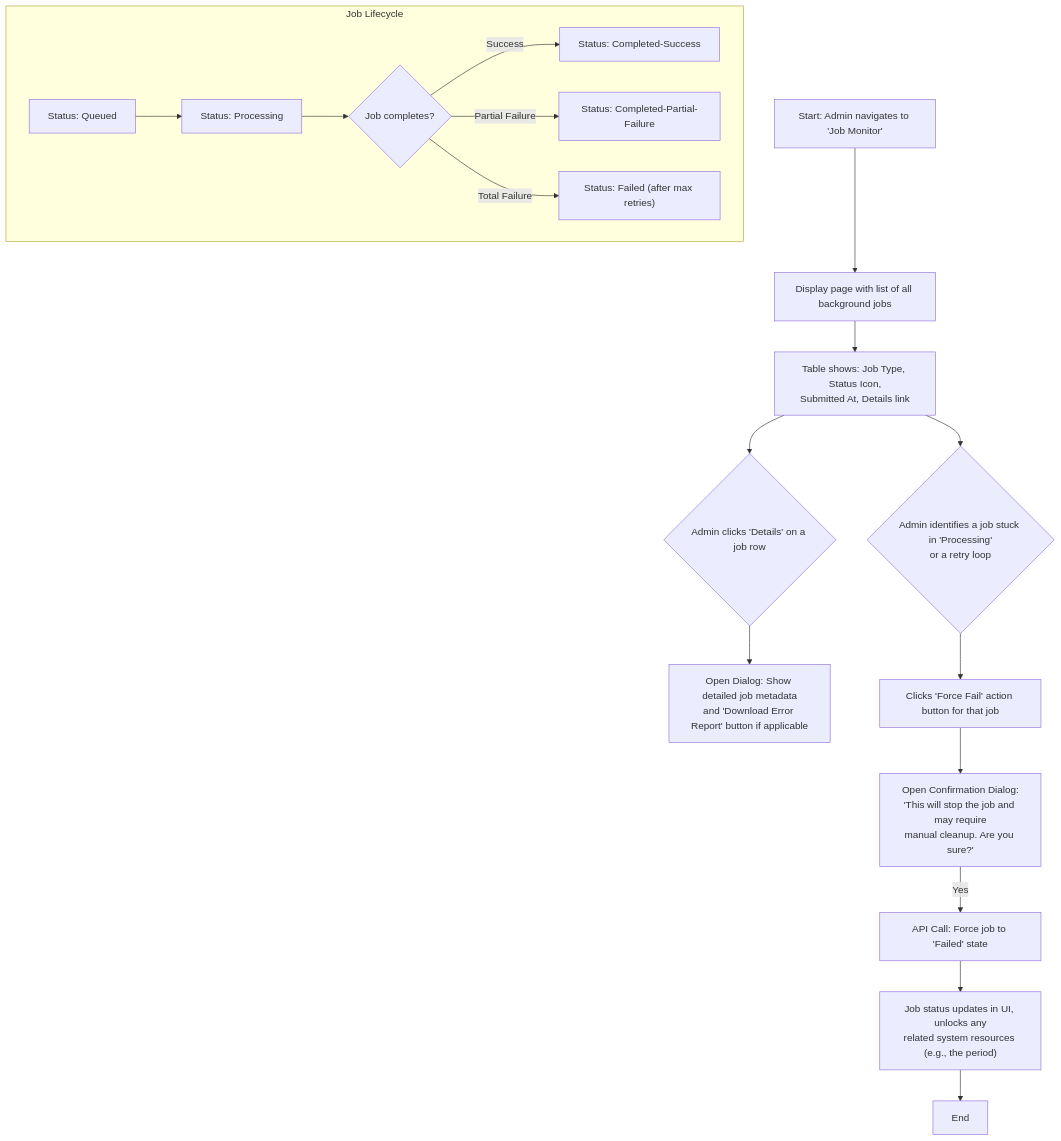
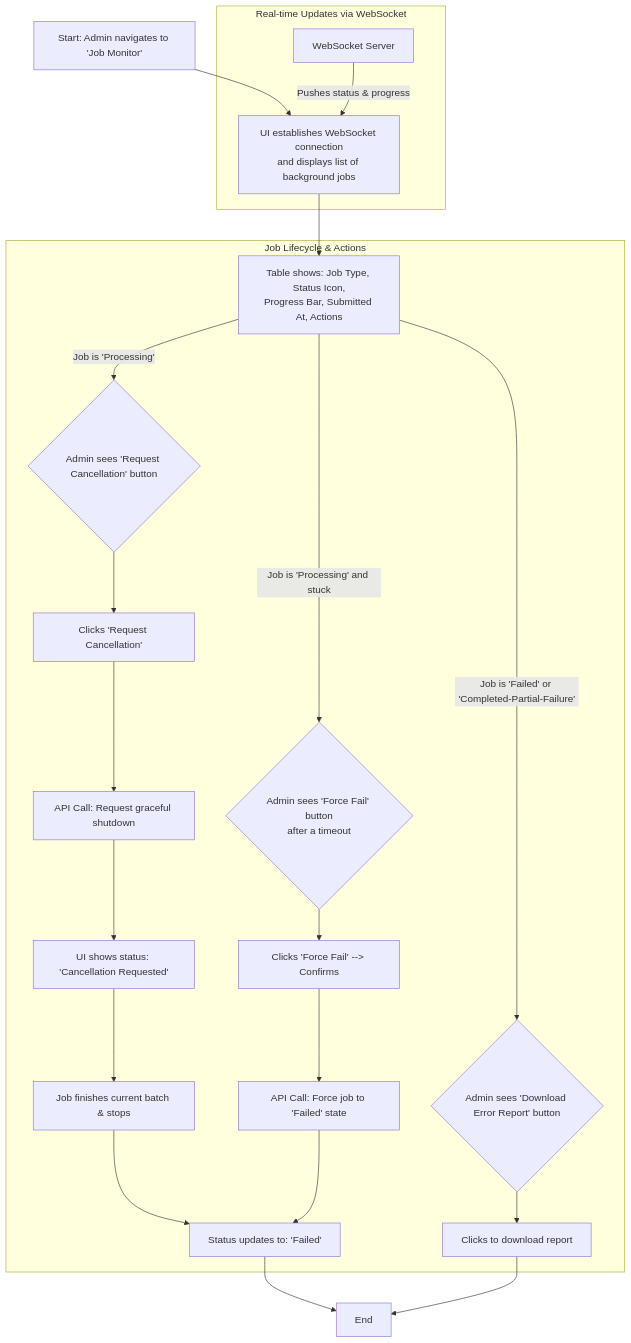
Before and after one commit to HunterKart/proficiency-faculty-evaluation: diagram 14 of 17 in docs/front-end-spec.md, drawn with Mermaid. The commit also changed other lines of this file and 1 other file, not shown here.

Commit message:
Added websockets for background job monitoring
This specifically updated the front-end-spec and architecture with the recent changes for backgroundtask data model, background job monitoring flow and of addition of websockets.

````diff
--- a/docs/front-end-spec.md
+++ b/docs/front-end-spec.md
@@ -662,23 +662,29 @@
 ```mermaid
 flowchart TD
-    A[Start: Admin navigates to 'Job Monitor'] --> B[Display page with list of all background jobs];
-    B --> C["Table shows: Job Type, Status Icon,<br/>Submitted At, Details link"];
+    A[Start: Admin navigates to 'Job Monitor'] --> B["UI establishes WebSocket connection<br/>and displays list of background jobs"];
+    B --> C["Table shows: Job Type, Status Icon,<br/>Progress Bar, Submitted At, Actions"];
 
-    subgraph Job Lifecycle
-        D["Status: Queued"] --> E["Status: Processing"];
-        E --> F{"Job completes?"};
-        F -- "Success" --> G["Status: Completed-Success"];
-        F -- "Partial Failure" --> G_Partial["Status: Completed-Partial-Failure"];
-        F -- "Total Failure" --> H["Status: Failed (after max retries)"];
+    subgraph "Real-time Updates via WebSocket"
+        WebSocket["WebSocket Server"] -- "Pushes status & progress" --> B;
     end
 
-    C --> I{Admin clicks 'Details' on a job row};
-    I --> J[Open Dialog: Show detailed job metadata<br/>and 'Download Error Report' button if applicable];
+    subgraph "Job Lifecycle & Actions"
+        C -- "Job is 'Processing'" --> D{Admin sees 'Request Cancellation' button};
+        D --> E[Clicks 'Request Cancellation'];
+        E --> F[API Call: Request graceful shutdown];
+        F --> G["UI shows status: 'Cancellation Requested'"];
+        G --> H["Job finishes current batch & stops"];
+        H --> I["Status updates to: 'Failed'"];
 
-    C --> K{Admin identifies a job stuck in 'Processing'<br/>or a retry loop};
-    K --> L[Clicks 'Force Fail' action button for that job];
-    L --> M[Open Confirmation Dialog:<br/>'This will stop the job and may require<br/>manual cleanup. Are you sure?'];
-    M -- Yes --> N[API Call: Force job to 'Failed' state];
-    N --> O["Job status updates in UI, unlocks any<br/>related system resources (e.g., the period)"];
-    O --> P[End];
+        C -- "Job is 'Failed' or 'Completed-Partial-Failure'" --> J{Admin sees 'Download Error Report' button};
+        J --> K[Clicks to download report];
+
+        C -- "Job is 'Processing' and stuck" --> L{Admin sees 'Force Fail' button<br/>after a timeout};
+        L --> M[Clicks 'Force Fail' --> Confirms];
+        M --> N[API Call: Force job to 'Failed' state];
+        N --> I;
+    end
+
+    I --> Z[End];
+    K --> Z;
 ```
````
